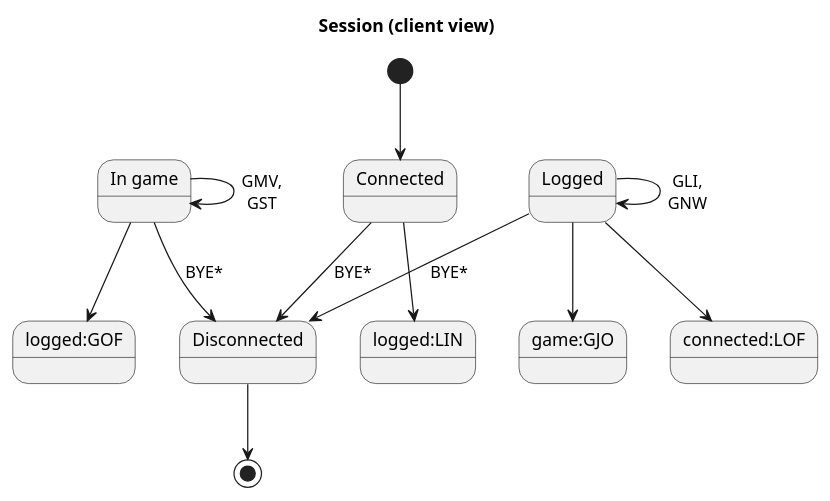
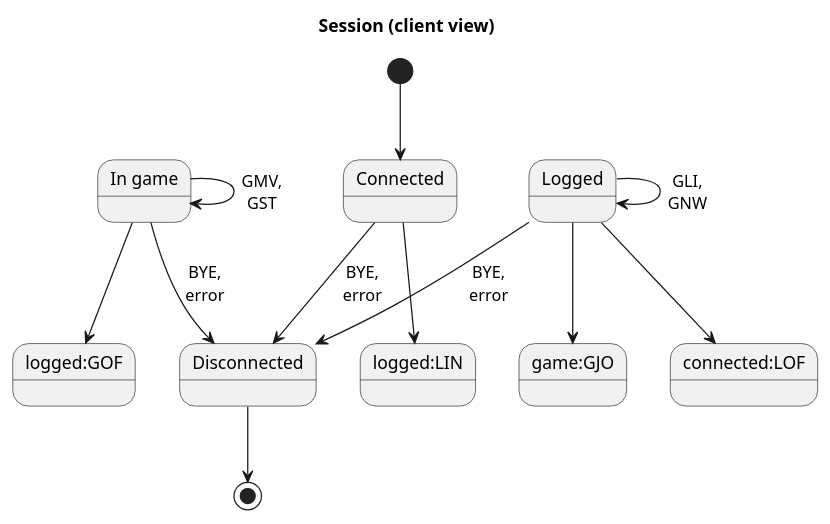
Before and after one commit to Hartrik/KIV-UPS: the diagram in doc/state-diagram.puml, drawn with PlantUML.

Commit message:
Improve state diagram

```diff
--- a/doc/state-diagram.puml
+++ b/doc/state-diagram.puml
@@ -1,23 +1,23 @@
 @startuml
 title Session (client view)
 
 [*] --> connected
 
 state "Connected" as connected
 connected --> logged:LIN
-connected --> not_connected:BYE*
+connected --> not_connected:BYE,\nerror
 
 state "Logged" as logged
-logged --> not_connected:BYE*
+logged --> not_connected:BYE,\nerror
 logged --> game:GJO
 logged --> logged:GLI,\nGNW
 logged --> connected:LOF
 
 state "In game" as game
-game --> not_connected:BYE*
+game --> not_connected:BYE,\nerror
 game --> logged:GOF
 game --> game:GMV,\nGST
 
 state "Disconnected" as not_connected
 not_connected --> [*]
 @enduml
```
